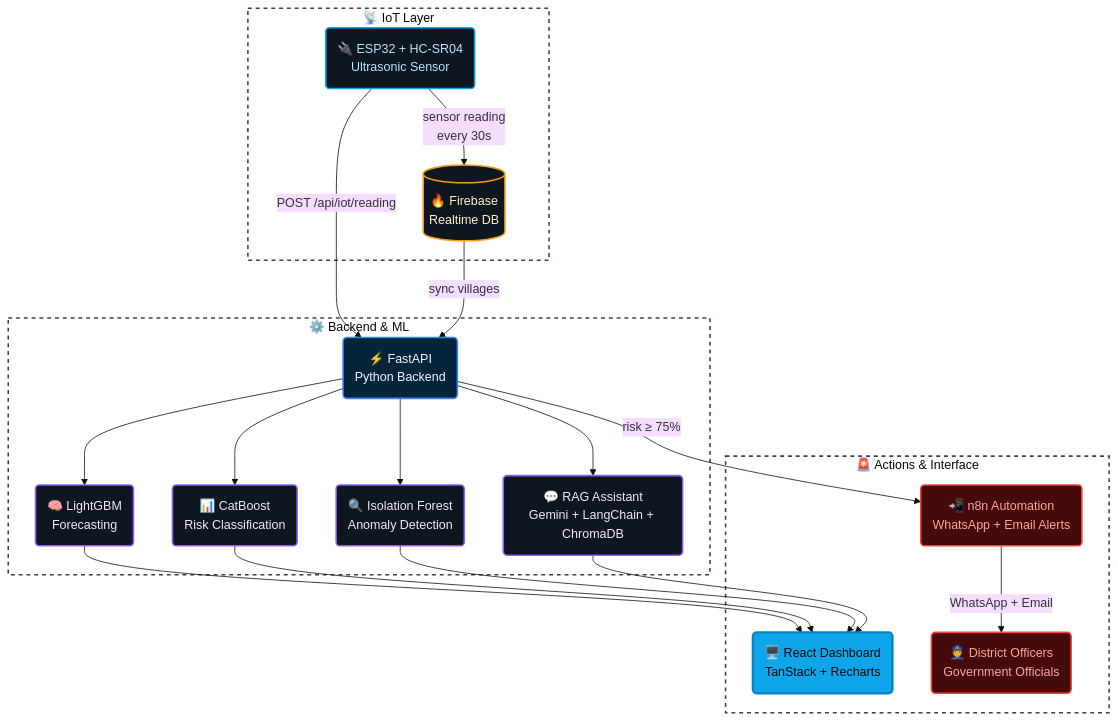
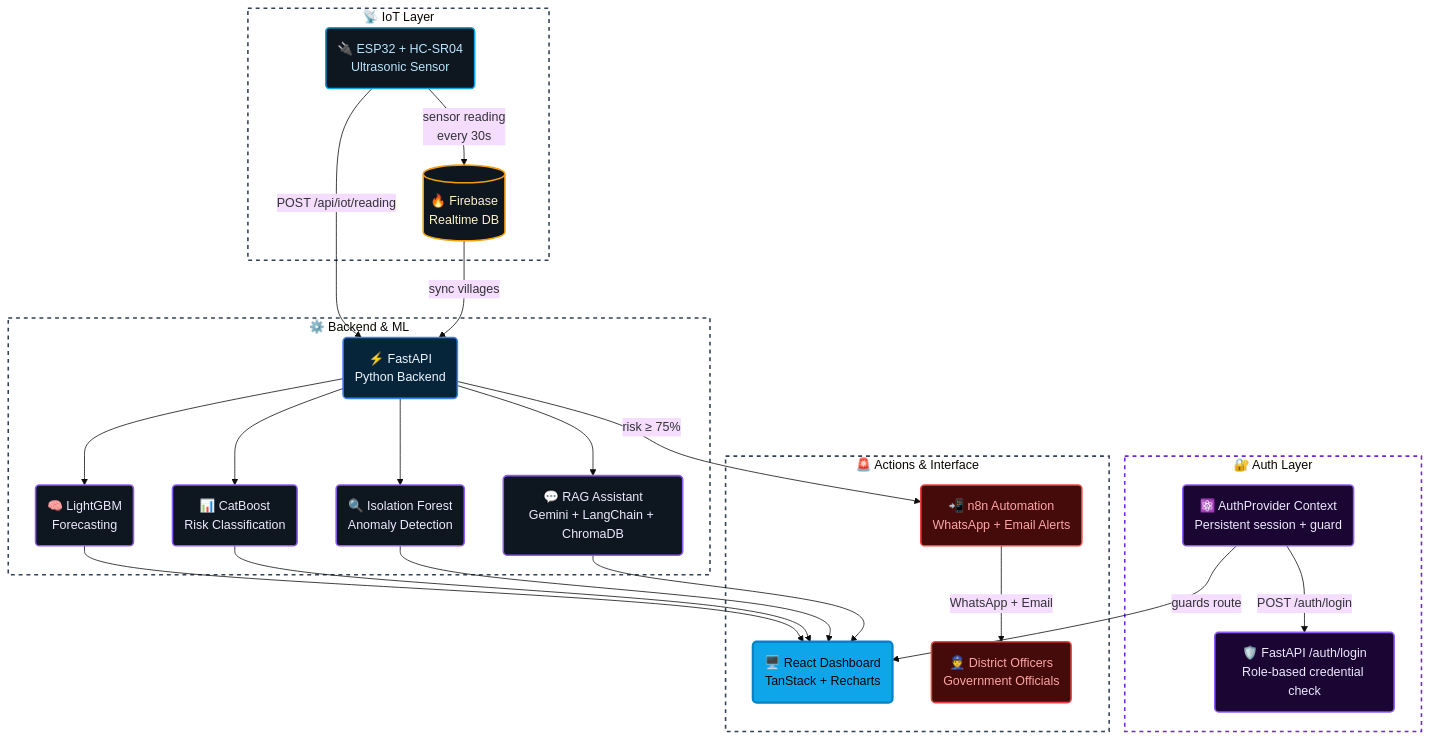
One commit to saksham-jais/HydroMind-AI changed the diagram in README.md. Above: the diagram before and after it, drawn with Mermaid (base theme). The commit also changed other lines of this file, not shown here.

Commit message:
docs: update README with auth flow, dynamic config, and new implementations

````diff
--- a/README.md
+++ b/README.md
@@ -64,43 +84,52 @@
 ```mermaid
 flowchart TD
     classDef iot fill:#0e1620,stroke:#0ea5e9,stroke-width:2px,color:#bae6fd
     classDef ml fill:#0e1620,stroke:#8b5cf6,stroke-width:2px,color:#ede9fe
     classDef core fill:#06243a,stroke:#3b82f6,stroke-width:2px,color:#eff6ff
     classDef db fill:#0e1620,stroke:#f59e0b,stroke-width:2px,color:#fef3c7
     classDef ui fill:#0ea5e9,stroke:#0284c7,stroke-width:3px,color:#05080d
     classDef alert fill:#450a0a,stroke:#ef4444,stroke-width:2px,color:#fca5a5
+    classDef auth fill:#1a0533,stroke:#8b5cf6,stroke-width:2px,color:#ede9fe
+
+    subgraph Auth ["🔐 Auth Layer"]
+        AU("🛡️ FastAPI /auth/login\nRole-based credential check"):::auth
+        AP("⚛️ AuthProvider Context\nPersistent session + guard"):::auth
+    end
 
     subgraph IoT ["📡 IoT Layer"]
         A("🔌 ESP32 + HC-SR04\nUltrasonic Sensor"):::iot
         B[("🔥 Firebase\nRealtime DB")]:::db
     end
 
     subgraph Backend ["⚙️ Backend & ML"]
         C("⚡ FastAPI\nPython Backend"):::core
         D("🧠 LightGBM\nForecasting"):::ml
         E("📊 CatBoost\nRisk Classification"):::ml
         F("🔍 Isolation Forest\nAnomaly Detection"):::ml
         G("💬 RAG Assistant\nGemini + LangChain + ChromaDB"):::ml
     end
 
     subgraph Outputs ["🚨 Actions & Interface"]
         H("🖥️ React Dashboard\nTanStack + Recharts"):::ui
         I("📲 n8n Automation\nWhatsApp + Email Alerts"):::alert
         J("👮 District Officers\nGovernment Officials"):::alert
     end
 
+    AP -->|"guards route"| H
+    AP -->|"POST /auth/login"| AU
     A -->|"sensor reading\nevery 30s"| B
     A -->|"POST /api/iot/reading"| C
     B -->|"sync villages"| C
     C --> D
     C --> E
     C --> F
     C --> G
     D & E & F & G --> H
     C -->|"risk ≥ 75%"| I
     I -->|"WhatsApp + Email"| J
 
+    style Auth fill:transparent,stroke:#6d28d9,stroke-width:2px,stroke-dasharray:5 5
     style IoT fill:transparent,stroke:#334155,stroke-width:2px,stroke-dasharray:5 5
     style Backend fill:transparent,stroke:#334155,stroke-width:2px,stroke-dasharray:5 5
     style Outputs fill:transparent,stroke:#334155,stroke-width:2px,stroke-dasharray:5 5
 ```
````
